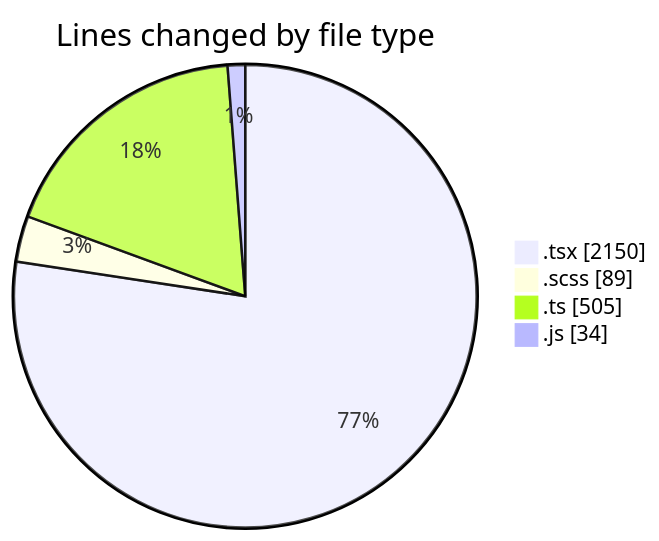
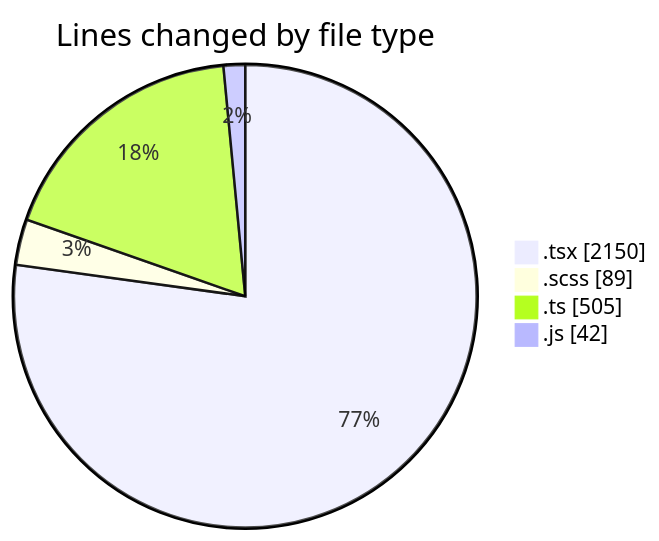
The first of 2 diagrams in 2025-06-17/cda/README.md (momahboobian/code-tracking), drawn with Mermaid before and after one commit. The commit also changed other lines of this file and 1 other file, not shown here.

````diff
--- a/2025-06-17/cda/README.md
+++ b/2025-06-17/cda/README.md
@@ -26,8 +26,8 @@
 ```mermaid
 pie showData
 title Lines changed by file type
 ".tsx" : 2150
 ".scss" : 89
 ".ts" : 505
-".js" : 34
+".js" : 42
 ```
````
